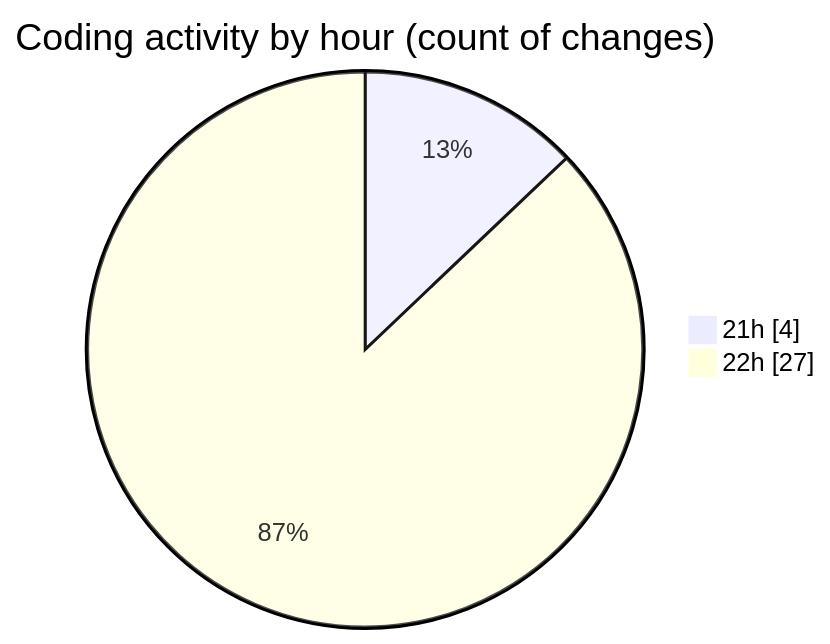
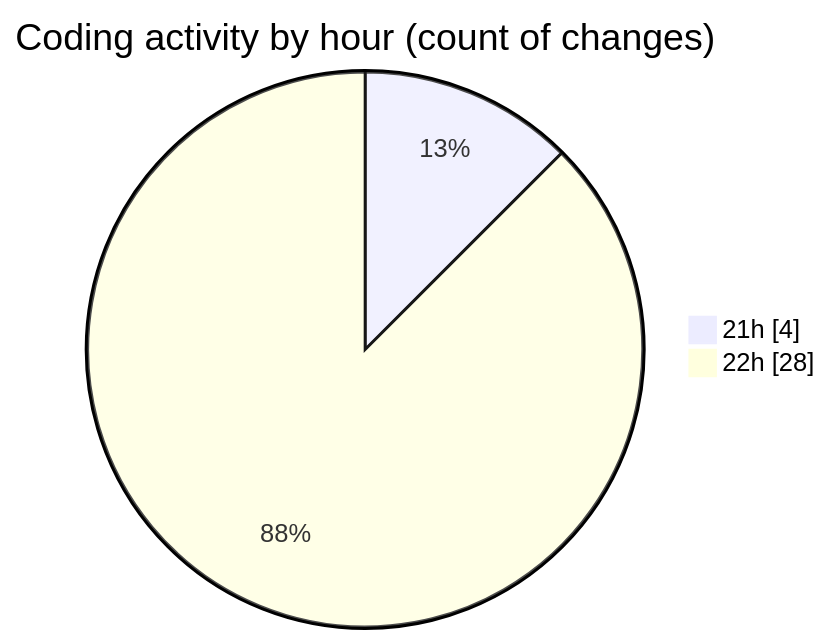
Before and after one commit to MatusMokan/code-tracking: the second of 2 diagrams in 2025-11-14/untitled__workspace_/README.md, drawn with Mermaid. The commit also changed other lines of this file and 1 other file, not shown here.

````diff
--- a/2025-11-14/untitled__workspace_/README.md
+++ b/2025-11-14/untitled__workspace_/README.md
@@ -32,6 +32,6 @@
 ```mermaid
 pie showData
 title Coding activity by hour (count of changes)
 "21h" : 4
-"22h" : 27
+"22h" : 28
 ```
````
